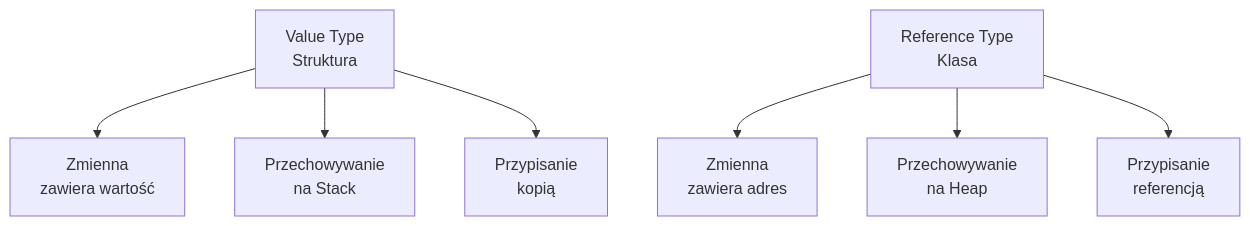
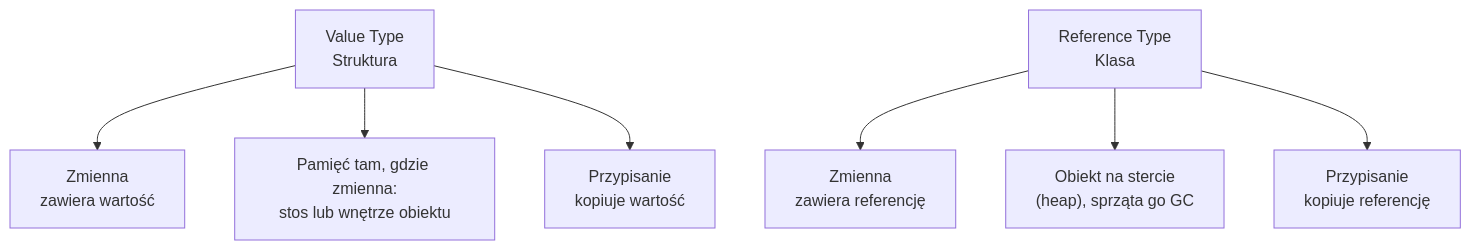
One commit to tborzyszkowski/csharp-programming changed the diagram in src/01-klasy/_08_structs/diagrams/01-struct-vs-class.mermaid. Above: the diagram before and after it, drawn with Mermaid. The commit also changed 74 other files, not shown here.

```diff
--- a/src/01-klasy/_08_structs/diagrams/01-struct-vs-class.mermaid
+++ b/src/01-klasy/_08_structs/diagrams/01-struct-vs-class.mermaid
@@ -1,8 +1,8 @@
 graph TB
     A["Value Type<br/>Struktura"] --> B["Zmienna<br/>zawiera wartość"]
-    A --> C["Przechowywanie<br/>na Stack"]
-    A --> D["Przypisanie<br/>kopią"]
+    A --> C["Pamięć tam, gdzie zmienna:<br/>stos lub wnętrze obiektu"]
+    A --> D["Przypisanie<br/>kopiuje wartość"]
     
-    E["Reference Type<br/>Klasa"] --> F["Zmienna<br/>zawiera adres"]
-    E --> G["Przechowywanie<br/>na Heap"]
-    E --> H["Przypisanie<br/>referencją"]
+    E["Reference Type<br/>Klasa"] --> F["Zmienna<br/>zawiera referencję"]
+    E --> G["Obiekt na stercie<br/>(heap), sprząta go GC"]
+    E --> H["Przypisanie<br/>kopiuje referencję"]
```
